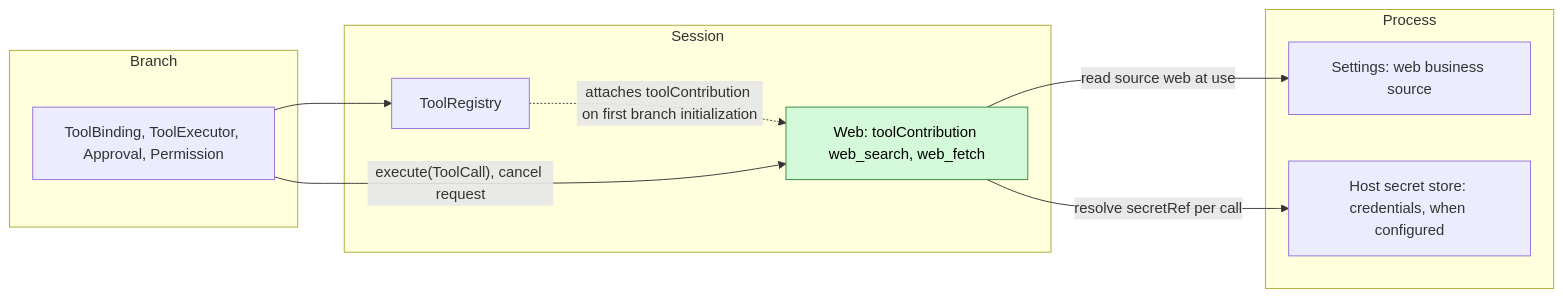
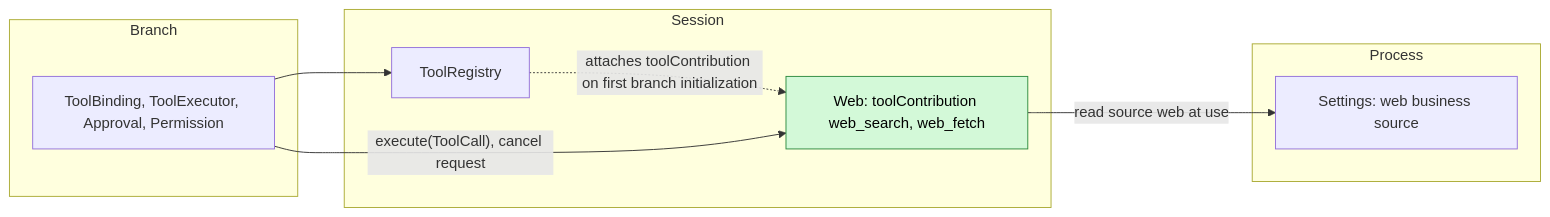
One commit to CoutinhoTTS/dim-agent changed the first of 5 diagrams in docs/design/plugins/Web.md. Above: the diagram before and after it, drawn with Mermaid. The commit also changed other lines of this file and 1 other file, not shown here.

Commit message:
docs(web): own the search API key instead of a credentials resolver

````diff
--- a/docs/design/plugins/Web.md
+++ b/docs/design/plugins/Web.md
@@ -9,20 +9,18 @@
 ```mermaid
 flowchart LR
   subgraph PROC["Process"]
     Settings["Settings: web business source"]
-    Credentials["Host secret store: credentials, when configured"]
   end
   subgraph SESS["Session"]
     Web["Web: toolContribution web_search, web_fetch"]:::new
     ToolRegistry["ToolRegistry"]
   end
   subgraph BR["Branch"]
     Exec["ToolBinding, ToolExecutor, Approval, Permission"]
   end
   Web -->|"read source web at use"| Settings
-  Web -->|"resolve secretRef per call"| Credentials
   ToolRegistry -.->|"attaches toolContribution on first branch initialization"| Web
   Exec --> ToolRegistry
   Exec -->|"execute(ToolCall), cancel request"| Web
   classDef new fill:#d3f9d8,stroke:#2b8a3e,color:#000
 ```
````
